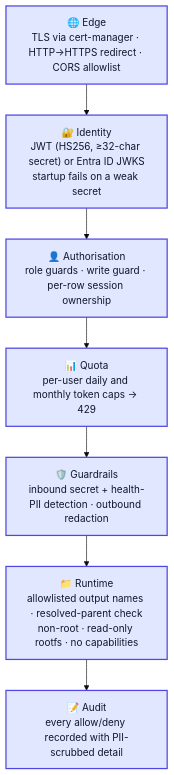
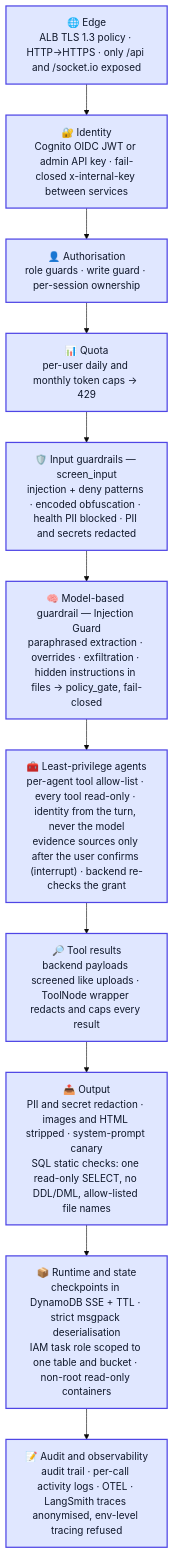
Before and after one commit to shankasf/small_migration: the third of 7 diagrams in README.md, drawn with Mermaid (base theme). The commit also changed other lines of this file and 87 other files, not shown here.

First line of the commit message:
Harden impact analysis from production feedback and refresh README diagrams

````diff
--- a/README.md
+++ b/README.md
@@ -182,15 +223,19 @@
 ```mermaid
 flowchart TD
-    L1["🌐 Edge<br/>TLS via cert-manager · HTTP→HTTPS redirect · CORS allowlist"]
-    L2["🔐 Identity<br/>JWT (HS256, ≥32-char secret) or Entra ID JWKS<br/>startup fails on a weak secret"]
-    L3["👤 Authorisation<br/>role guards · write guard · per-row session ownership"]
+    L1["🌐 Edge<br/>ALB TLS 1.3 policy · HTTP→HTTPS · only /api and /socket.io exposed"]
+    L2["🔐 Identity<br/>Cognito OIDC JWT or admin API key · fail-closed x-internal-key between services"]
+    L3["👤 Authorisation<br/>role guards · write guard · per-session ownership"]
     L4["📊 Quota<br/>per-user daily and monthly token caps → 429"]
-    L5["🛡️ Guardrails<br/>inbound secret + health-PII detection · outbound redaction"]
-    L6["📁 Runtime<br/>allowlisted output names · resolved-parent check<br/>non-root · read-only rootfs · no capabilities"]
-    L7["📝 Audit<br/>every allow/deny recorded with PII-scrubbed detail"]
+    L5["🛡️ Input guardrails — screen_input<br/>injection + deny patterns · encoded obfuscation · health PII blocked · PII and secrets redacted"]
+    L6["🧠 Model-based guardrail — Injection Guard<br/>paraphrased extraction · overrides · exfiltration · hidden instructions in files → policy_gate, fail-closed"]
+    L7["🧰 Least-privilege agents<br/>per-agent tool allow-list · every tool read-only · identity from the turn, never the model<br/>evidence sources only after the user confirms (interrupt) · backend re-checks the grant"]
+    L8["🔎 Tool results<br/>backend payloads screened like uploads · ToolNode wrapper redacts and caps every result"]
+    L9["📤 Output<br/>PII and secret redaction · images and HTML stripped · system-prompt canary<br/>SQL static checks: one read-only SELECT, no DDL/DML, allow-listed file names"]
+    L10["📦 Runtime and state<br/>checkpoints in DynamoDB SSE + TTL · strict msgpack deserialisation<br/>IAM task role scoped to one table and bucket · non-root read-only containers"]
+    L11["📝 Audit and observability<br/>audit trail · per-call activity logs · OTEL · LangSmith traces anonymised, env-level tracing refused"]
 
-    L1 --> L2 --> L3 --> L4 --> L5 --> L6 --> L7
+    L1 --> L2 --> L3 --> L4 --> L5 --> L6 --> L7 --> L8 --> L9 --> L10 --> L11
 
     classDef layer fill:#e0e7ff,stroke:#4f46e5,stroke-width:2px,color:#0f172a
-    class L1,L2,L3,L4,L5,L6,L7 layer
+    class L1,L2,L3,L4,L5,L6,L7,L8,L9,L10,L11 layer
 ```
````
